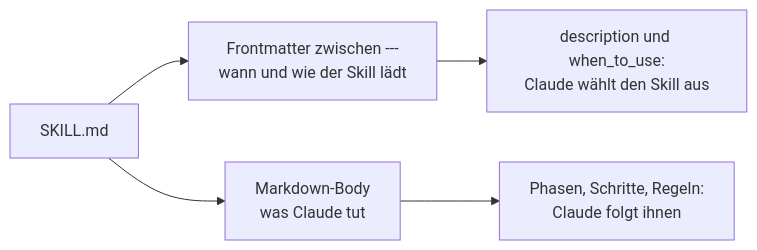
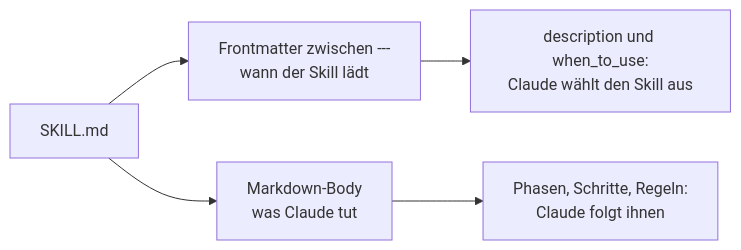
Before and after one commit to dynamic-dome/dynamic-workshop: the diagram in resources/library/s2-02-skill-schreiben.md, drawn with Mermaid. The commit also changed other lines of this file, not shown here.

````diff
--- a/resources/library/s2-02-skill-schreiben.md
+++ b/resources/library/s2-02-skill-schreiben.md
@@ -38,7 +38,7 @@
 ```mermaid
 flowchart LR
-  S["SKILL.md"] --> F["Frontmatter zwischen ---<br/>wann und wie der Skill lädt"]
+  S["SKILL.md"] --> F["Frontmatter zwischen ---<br/>wann der Skill lädt"]
   S --> B["Markdown-Body<br/>was Claude tut"]
   F --> D["description und when_to_use:<br/>Claude wählt den Skill aus"]
   B --> R["Phasen, Schritte, Regeln:<br/>Claude folgt ihnen"]
 ```
````
